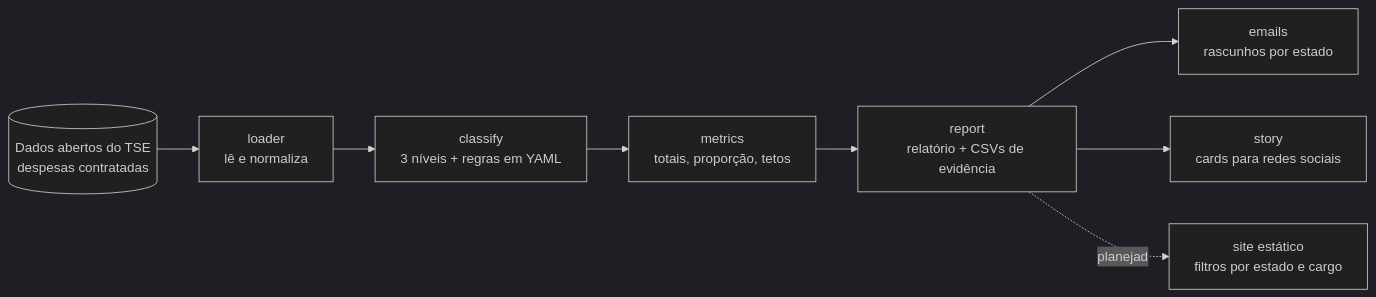
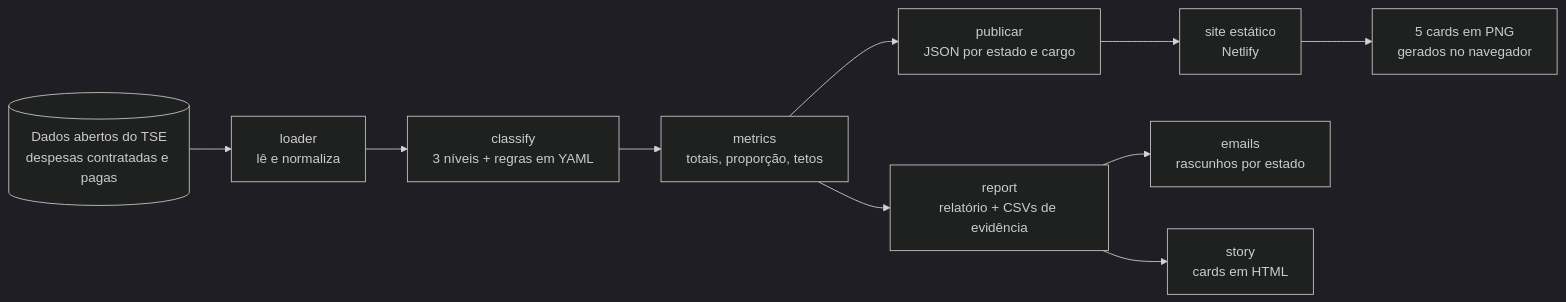
One commit to ramondomiingos/gastos-impulsionamentos-eleicoes changed the diagram in README.md. Above: the diagram before and after it, drawn with Mermaid (dark theme). The commit also changed other lines of this file and 1 other file, not shown here.

Commit message:
docs: README e CONTRIBUTING do Radar do Impulsionamento (site funcional, dados de pessoas)

````diff
--- a/README.md
+++ b/README.md
@@ -12,10 +13,12 @@
 ```mermaid
 flowchart LR
-    TSE[(Dados abertos do TSE<br/>despesas contratadas)] --> L[loader<br/>lê e normaliza]
+    TSE[(Dados abertos do TSE<br/>despesas contratadas e pagas)] --> L[loader<br/>lê e normaliza]
     L --> C[classify<br/>3 níveis + regras em YAML]
     C --> M[metrics<br/>totais, proporção, tetos]
     M --> R[report<br/>relatório + CSVs de evidência]
+    M --> P[publicar<br/>JSON por estado e cargo]
+    P --> W[site estático<br/>Netlify]
     R --> E[emails<br/>rascunhos por estado]
-    R --> S[story<br/>cards para redes sociais]
-    R -.planejado.-> W[site estático<br/>filtros por estado e cargo]
+    R --> S[story<br/>cards em HTML]
+    W --> K[5 cards em PNG<br/>gerados no navegador]
 ```
````
